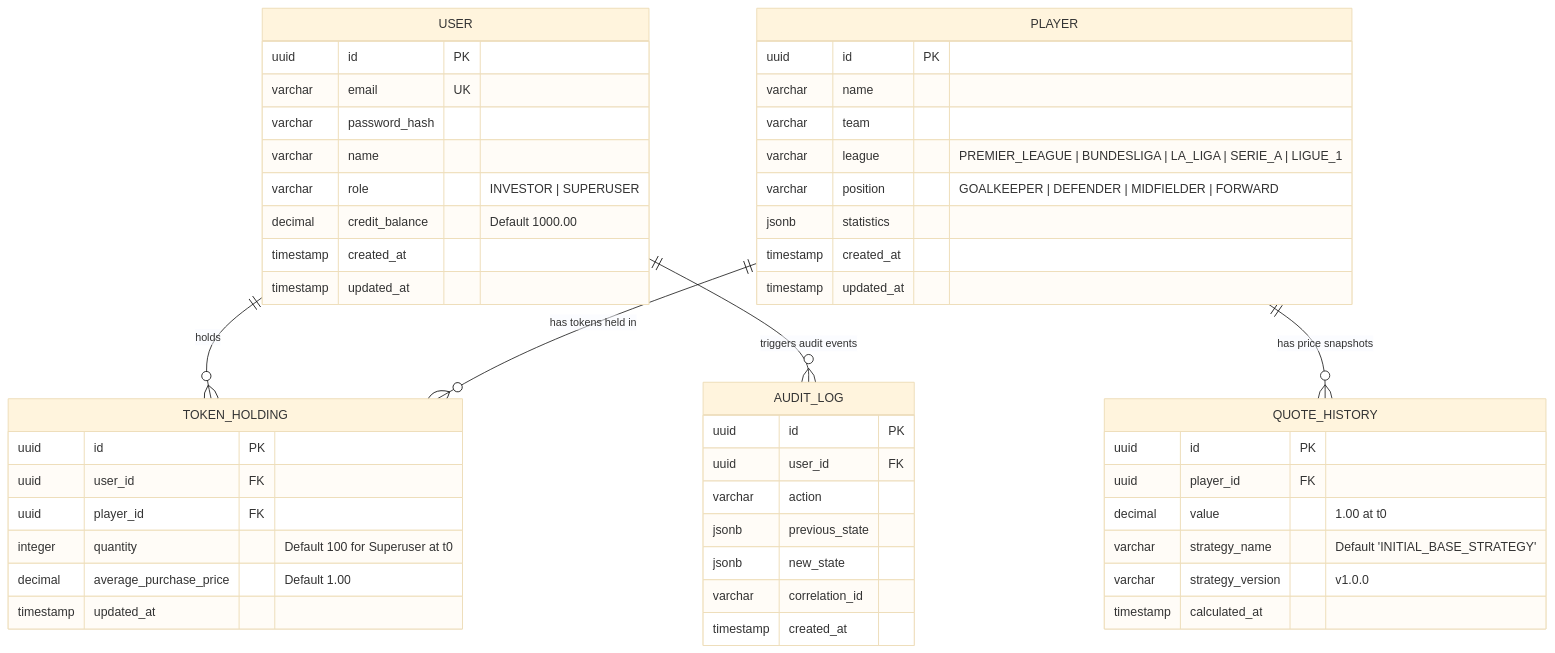
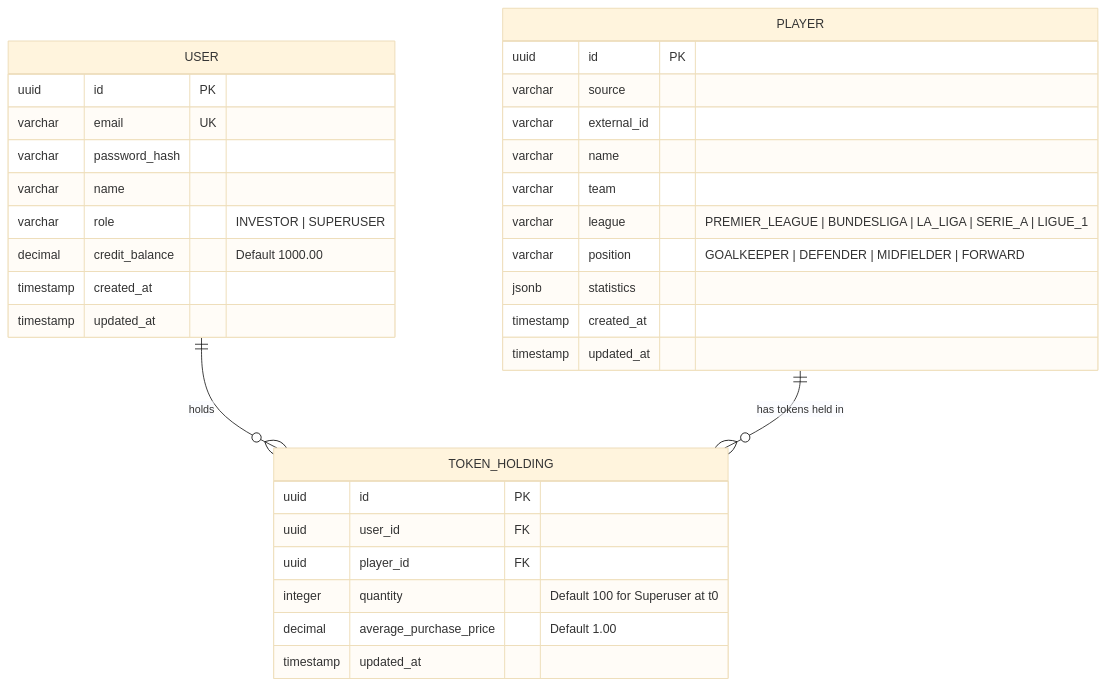
Before and after one commit to confalonieri-melisa/desapp-grupo-c: the diagram in specs/001-player-token-marketplace/data-model.md, drawn with Mermaid (base theme). The commit also changed other lines of this file and 38 other files, not shown here.

````diff
--- a/specs/001-player-token-marketplace/data-model.md
+++ b/specs/001-player-token-marketplace/data-model.md
@@ -11,57 +11,38 @@
 ```mermaid
 erDiagram
     USER {
         uuid id PK
         varchar email UK
         varchar password_hash
         varchar name
         varchar role "INVESTOR | SUPERUSER"
         decimal credit_balance "Default 1000.00"
         timestamp created_at
         timestamp updated_at
     }
 
     PLAYER {
         uuid id PK
+        varchar source
+        varchar external_id
         varchar name
         varchar team
         varchar league "PREMIER_LEAGUE | BUNDESLIGA | LA_LIGA | SERIE_A | LIGUE_1"
         varchar position "GOALKEEPER | DEFENDER | MIDFIELDER | FORWARD"
         jsonb statistics
         timestamp created_at
         timestamp updated_at
     }
 
     TOKEN_HOLDING {
         uuid id PK
         uuid user_id FK
         uuid player_id FK
         integer quantity "Default 100 for Superuser at t0"
         decimal average_purchase_price "Default 1.00"
         timestamp updated_at
     }
 
-    QUOTE_HISTORY {
-        uuid id PK
-        uuid player_id FK
-        decimal value "1.00 at t0"
-        varchar strategy_name "Default 'INITIAL_BASE_STRATEGY'"
-        varchar strategy_version "v1.0.0"
-        timestamp calculated_at
-    }
-
-    AUDIT_LOG {
-        uuid id PK
-        uuid user_id FK
-        varchar action
-        jsonb previous_state
-        jsonb new_state
-        varchar correlation_id
-        timestamp created_at
-    }
-
     USER ||--o{ TOKEN_HOLDING : "holds"
     PLAYER ||--o{ TOKEN_HOLDING : "has tokens held in"
-    PLAYER ||--o{ QUOTE_HISTORY : "has price snapshots"
-    USER ||--o{ AUDIT_LOG : "triggers audit events"
 ```
````
